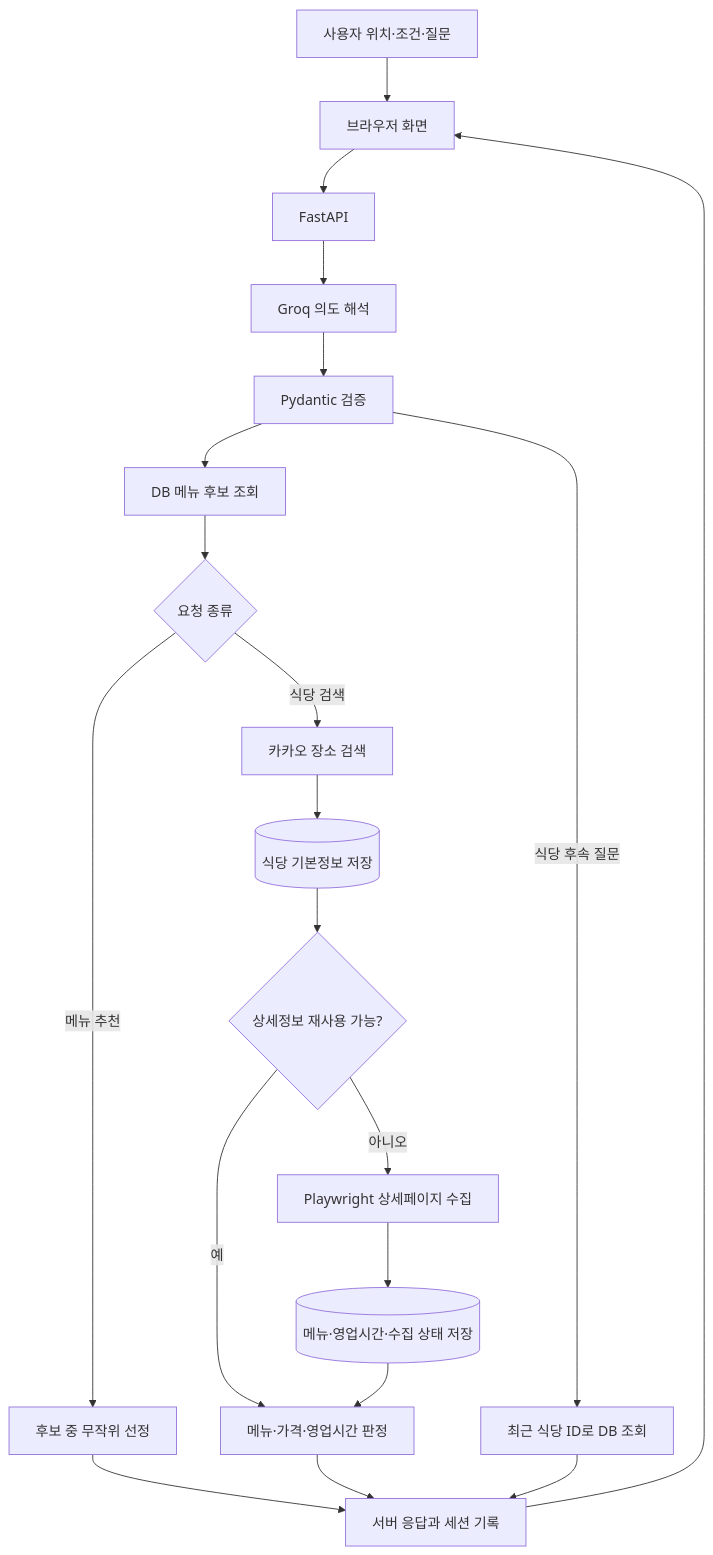
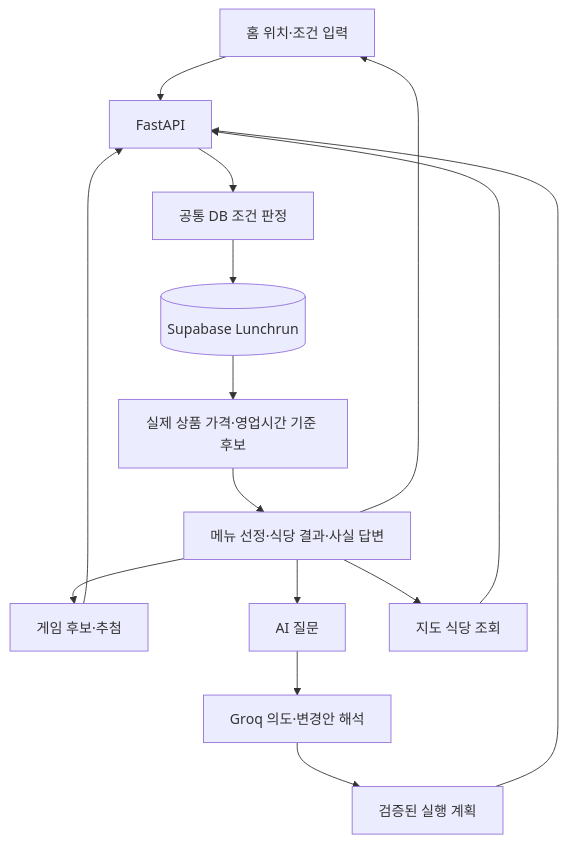
The first of 2 diagrams in README.md (encore-ai-campus/aio-04-p1-team4), drawn with Mermaid before and after one commit. The commit also changed other lines of this file and 132 other files, not shown here.

````diff
--- a/README.md
+++ b/README.md
@@ -60,22 +141,17 @@
 ```mermaid
 flowchart TD
-    User[사용자 위치·조건·질문] --> UI[브라우저 화면]
-    UI --> API[FastAPI]
-    API --> Groq[Groq 의도 해석]
-    Groq --> Guard[Pydantic 검증]
-    Guard --> Menu[DB 메뉴 후보 조회]
-    Menu --> Action{요청 종류}
-    Action -->|메뉴 추천| Draw[후보 중 무작위 선정]
-    Action -->|식당 검색| Kakao[카카오 장소 검색]
-    Kakao --> Basic[(식당 기본정보 저장)]
-    Basic --> Cache{상세정보 재사용 가능?}
-    Cache -->|예| Filter[메뉴·가격·영업시간 판정]
-    Cache -->|아니오| Collect[Playwright 상세페이지 수집]
-    Collect --> Detail[(메뉴·영업시간·수집 상태 저장)]
-    Detail --> Filter
-    Guard -->|식당 후속 질문| Read[최근 식당 ID로 DB 조회]
-    Draw --> Answer[서버 응답과 세션 기록]
-    Filter --> Answer
-    Read --> Answer
-    Answer --> UI
+    Home[홈 위치·조건 입력] --> API[FastAPI]
+    Game[게임 후보·추첨] --> API
+    Chat[AI 질문] --> Groq[Groq 의도·변경안 해석]
+    Groq --> Guard[검증된 실행 계획]
+    Guard --> API
+    Map[지도 식당 조회] --> API
+    API --> Rule[공통 DB 조건 판정]
+    Rule --> DB[(Supabase Lunchrun)]
+    DB --> Candidates[실제 상품 가격·영업시간 기준 후보]
+    Candidates --> Result[메뉴 선정·식당 결과·사실 답변]
+    Result --> Home
+    Result --> Game
+    Result --> Chat
+    Result --> Map
 ```
````
